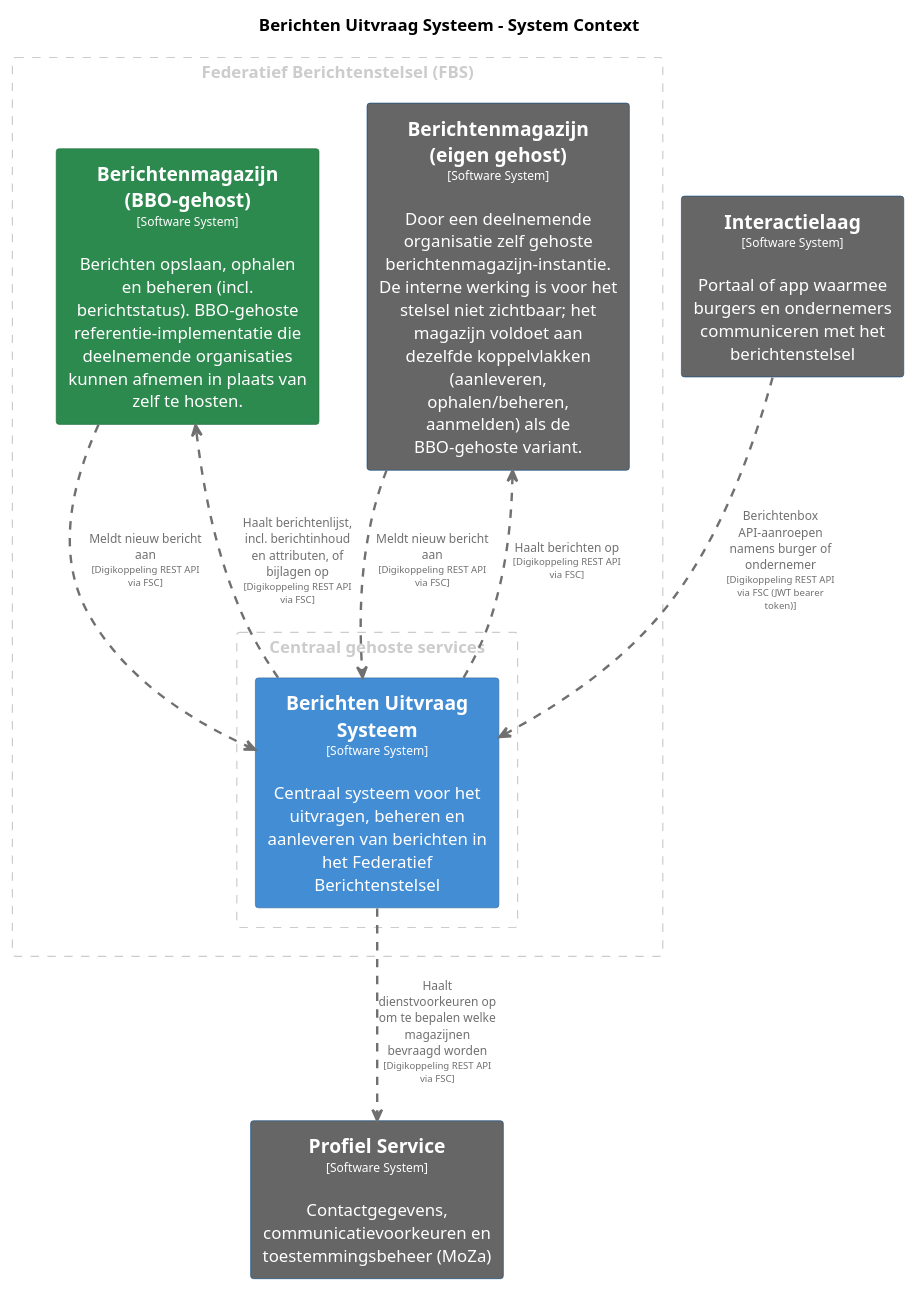
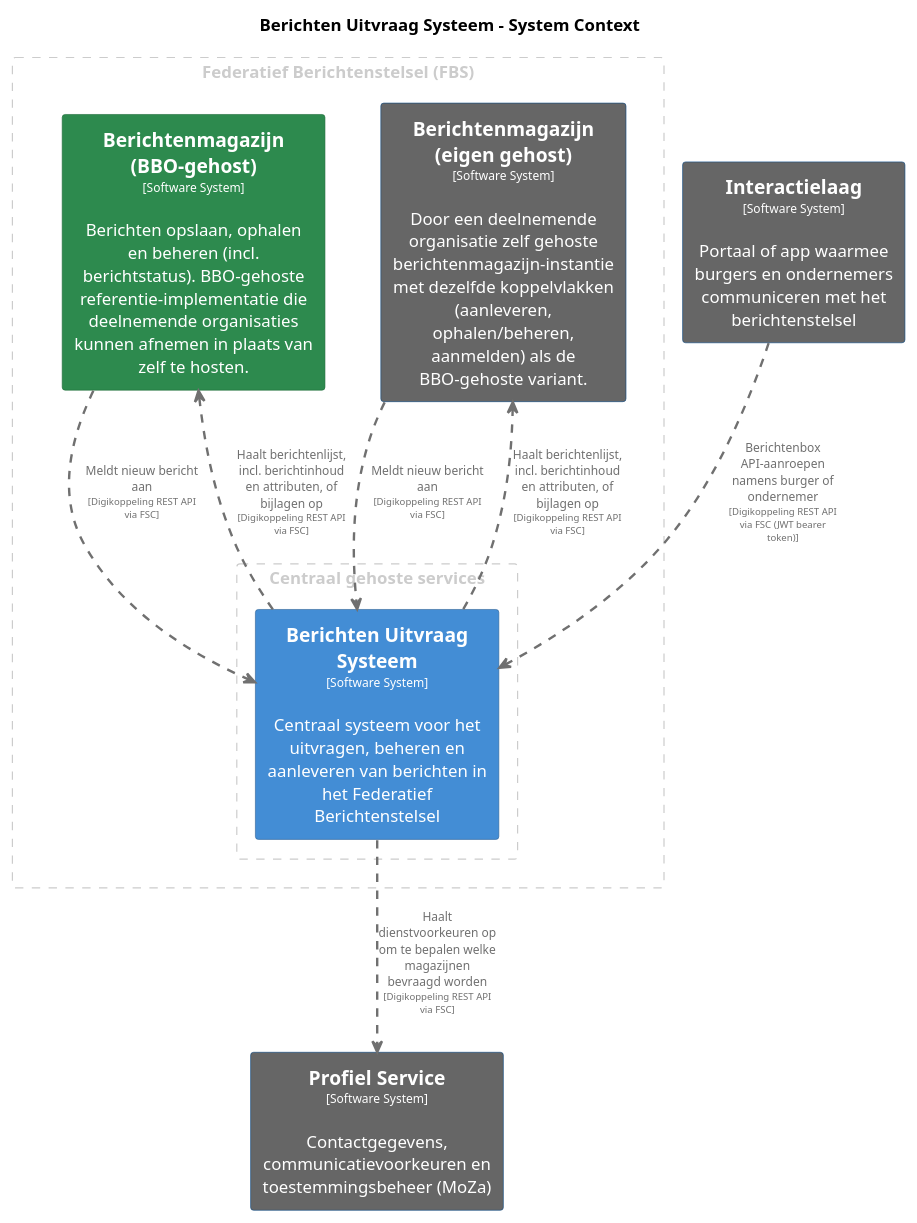
Before and after one commit to MinBZK/moza-poc-fbs-berichtenbox: the diagram in pr-preview/pr-95/master/puml/BerichtenUitvraagSysteem.puml, drawn with PlantUML. The commit also changed 31 other files, not shown here.

```diff
--- a/pr-preview/pr-95/master/puml/BerichtenUitvraagSysteem.puml
+++ b/pr-preview/pr-95/master/puml/BerichtenUitvraagSysteem.puml
@@ -1,75 +1,75 @@
 @startuml
 set separator none
 title Berichten Uitvraag Systeem - System Context
 
 top to bottom direction
 skinparam ranksep 60
 skinparam nodesep 30
 
 skinparam {
   arrowFontSize 10
   defaultTextAlignment center
   wrapWidth 200
   maxMessageSize 100
 }
 
 hide stereotype
 
 skinparam rectangle<<BerichtenUitvraagSysteem>> {
   BackgroundColor #438dd5
   FontColor #ffffff
   BorderColor #2e6295
   shadowing false
 }
 skinparam rectangle<<BerichtenmagazijnBBOgehost>> {
   BackgroundColor #2d8a4e
   FontColor #ffffff
   BorderColor #1e6b38
   shadowing false
 }
 skinparam rectangle<<Berichtenmagazijneigengehost>> {
   BackgroundColor #666666
   FontColor #ffffff
   BorderColor #0b4884
   shadowing false
 }
 skinparam rectangle<<Interactielaag>> {
   BackgroundColor #666666
   FontColor #ffffff
   BorderColor #0b4884
   shadowing false
 }
 skinparam rectangle<<ProfielService>> {
   BackgroundColor #666666
   FontColor #ffffff
   BorderColor #0b4884
   shadowing false
 }
 
 rectangle "Federatief Berichtenstelsel (FBS)" <<group1>> as group1 {
   skinparam RectangleBorderColor<<group1>> #cccccc
   skinparam RectangleFontColor<<group1>> #cccccc
   skinparam RectangleBorderStyle<<group1>> dashed
 
-  rectangle "==Berichtenmagazijn (eigen gehost)\n<size:10>[Software System]</size>\n\nDoor een deelnemende organisatie zelf gehoste berichtenmagazijn-instantie. De interne werking is voor het stelsel niet zichtbaar; het magazijn voldoet aan dezelfde koppelvlakken (aanleveren, ophalen/beheren, aanmelden) als de BBO-gehoste variant." <<Berichtenmagazijneigengehost>> as Berichtenmagazijneigengehost
+  rectangle "==Berichtenmagazijn (eigen gehost)\n<size:10>[Software System]</size>\n\nDoor een deelnemende organisatie zelf gehoste berichtenmagazijn-instantie met dezelfde koppelvlakken (aanleveren, ophalen/beheren, aanmelden) als de BBO-gehoste variant." <<Berichtenmagazijneigengehost>> as Berichtenmagazijneigengehost
   rectangle "==Berichtenmagazijn (BBO-gehost)\n<size:10>[Software System]</size>\n\nBerichten opslaan, ophalen en beheren (incl. berichtstatus). BBO-gehoste referentie-implementatie die deelnemende organisaties kunnen afnemen in plaats van zelf te hosten." <<BerichtenmagazijnBBOgehost>> as BerichtenmagazijnBBOgehost
     rectangle "Centraal gehoste services" <<group2>> as group2 {
       skinparam RectangleBorderColor<<group2>> #cccccc
       skinparam RectangleFontColor<<group2>> #cccccc
       skinparam RectangleBorderStyle<<group2>> dashed
 
       rectangle "==Berichten Uitvraag Systeem\n<size:10>[Software System]</size>\n\nCentraal systeem voor het uitvragen, beheren en aanleveren van berichten in het Federatief Berichtenstelsel" <<BerichtenUitvraagSysteem>> as BerichtenUitvraagSysteem
     }
 
 }
 
 rectangle "==Profiel Service\n<size:10>[Software System]</size>\n\nContactgegevens, communicatievoorkeuren en toestemmingsbeheer (MoZa)" <<ProfielService>> as ProfielService
 rectangle "==Interactielaag\n<size:10>[Software System]</size>\n\nPortaal of app waarmee burgers en ondernemers communiceren met het berichtenstelsel" <<Interactielaag>> as Interactielaag
 
 BerichtenUitvraagSysteem .[#707070,thickness=2].> BerichtenmagazijnBBOgehost : "<color:#707070>Haalt berichtenlijst, incl. berichtinhoud en attributen, of bijlagen op\n<color:#707070><size:8>[Digikoppeling REST API via FSC]</size>"
 BerichtenmagazijnBBOgehost .[#707070,thickness=2].> BerichtenUitvraagSysteem : "<color:#707070>Meldt nieuw bericht aan\n<color:#707070><size:8>[Digikoppeling REST API via FSC]</size>"
+BerichtenUitvraagSysteem .[#707070,thickness=2].> Berichtenmagazijneigengehost : "<color:#707070>Haalt berichtenlijst, incl. berichtinhoud en attributen, of bijlagen op\n<color:#707070><size:8>[Digikoppeling REST API via FSC]</size>"
 Berichtenmagazijneigengehost .[#707070,thickness=2].> BerichtenUitvraagSysteem : "<color:#707070>Meldt nieuw bericht aan\n<color:#707070><size:8>[Digikoppeling REST API via FSC]</size>"
-BerichtenUitvraagSysteem .[#707070,thickness=2].> Berichtenmagazijneigengehost : "<color:#707070>Haalt berichten op\n<color:#707070><size:8>[Digikoppeling REST API via FSC]</size>"
 BerichtenUitvraagSysteem .[#707070,thickness=2].> ProfielService : "<color:#707070>Haalt dienstvoorkeuren op om te bepalen welke magazijnen bevraagd worden\n<color:#707070><size:8>[Digikoppeling REST API via FSC]</size>"
 Interactielaag .[#707070,thickness=2].> BerichtenUitvraagSysteem : "<color:#707070>Berichtenbox API-aanroepen namens burger of ondernemer\n<color:#707070><size:8>[Digikoppeling REST API via FSC (JWT bearer token)]</size>"
 @enduml
```
